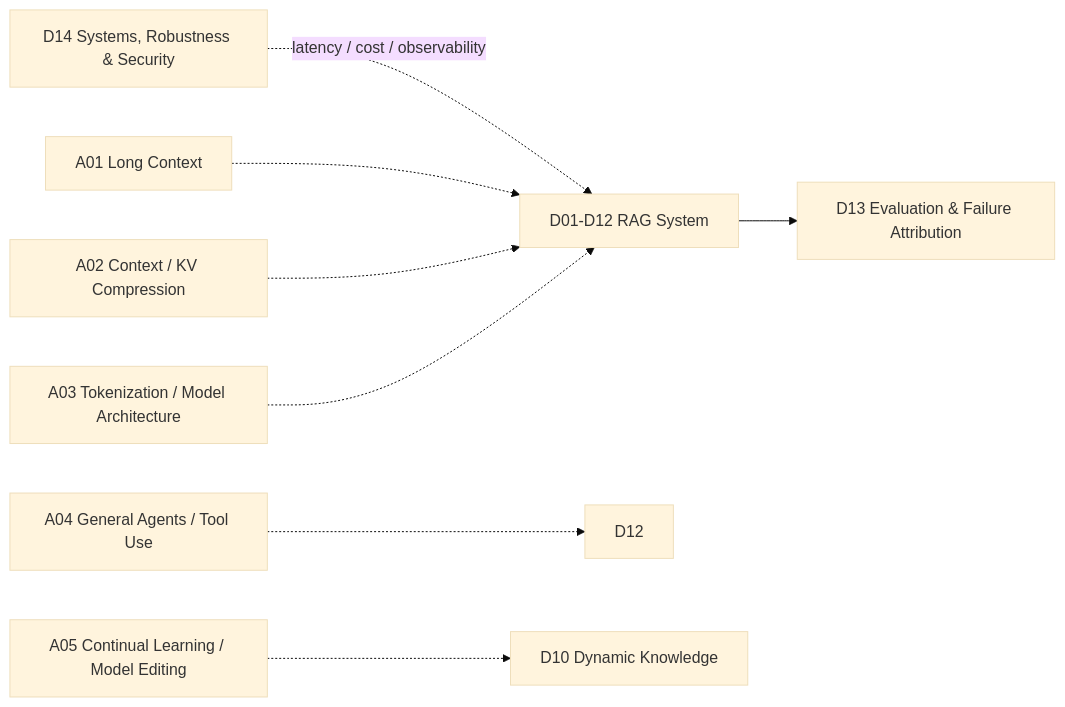
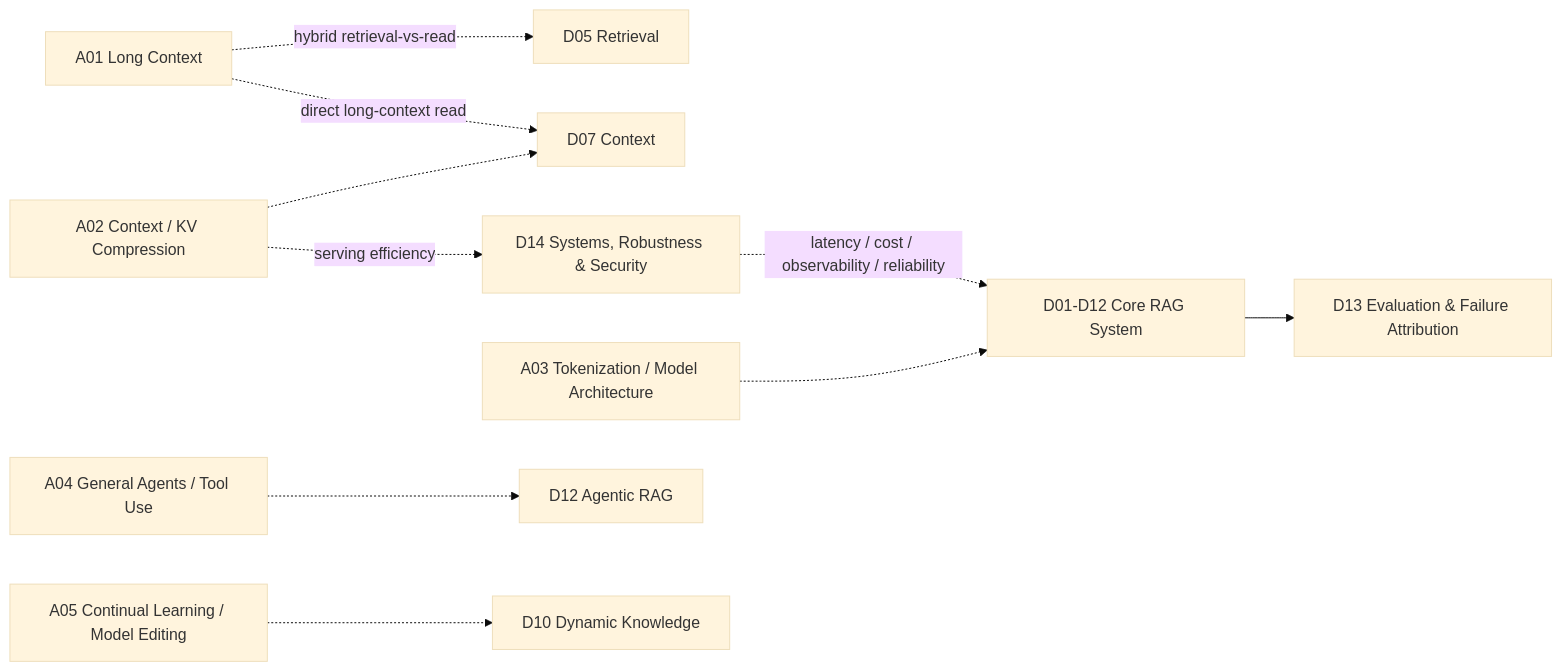
The sixth of 6 diagrams in 00 - 導覽與心智圖 (Navigation & MOC)/RAG System Maps.md (Cycl0n3-ga/RAG-survey), drawn with Mermaid (base theme) before and after one commit. The commit also changed other lines of this file, not shown here.

Commit message:
docs(maps): clarify optional RAG paths with compact system maps

````diff
--- a/00 - 導覽與心智圖 (Navigation & MOC)/RAG System Maps.md
+++ b/00 - 導覽與心智圖 (Navigation & MOC)/RAG System Maps.md
@@ -92,13 +167,15 @@
 ```mermaid
 flowchart LR
-    CORE["D01-D12 RAG System"]
+    CORE["D01-D12 Core RAG System"]
 
     CORE --> D13["D13 Evaluation & Failure Attribution"]
-    D14["D14 Systems, Robustness & Security"] -. "latency / cost / observability" .-> CORE
+    D14["D14 Systems, Robustness & Security"] -. "latency / cost / observability / reliability" .-> CORE
 
-    A01["A01 Long Context"] -.-> CORE
-    A02["A02 Context / KV Compression"] -.-> CORE
+    A01["A01 Long Context"] -. "hybrid retrieval-vs-read" .-> D05["D05 Retrieval"]
+    A01 -. "direct long-context read" .-> D07["D07 Context"]
+    A02["A02 Context / KV Compression"] -.-> D07
+    A02 -. "serving efficiency" .-> D14
     A03["A03 Tokenization / Model Architecture"] -.-> CORE
-    A04["A04 General Agents / Tool Use"] -.-> D12
+    A04["A04 General Agents / Tool Use"] -.-> D12["D12 Agentic RAG"]
     A05["A05 Continual Learning / Model Editing"] -.-> D10["D10 Dynamic Knowledge"]
 ```
````
